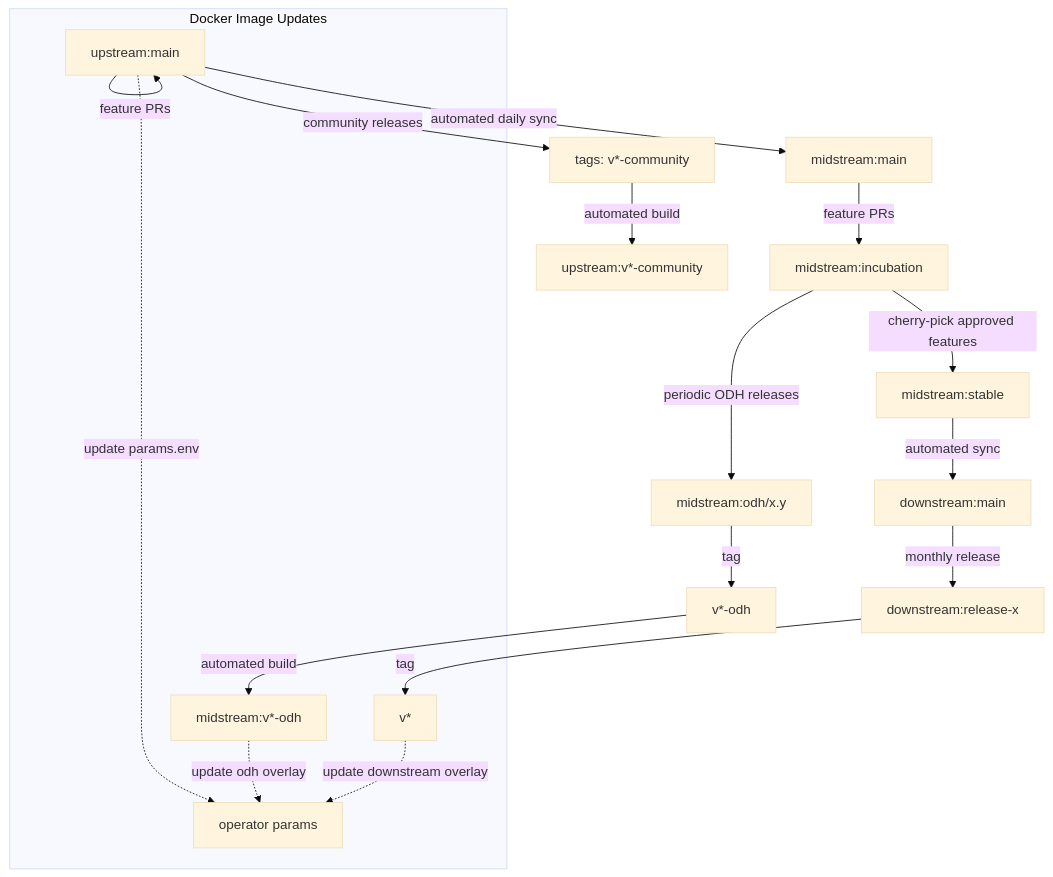
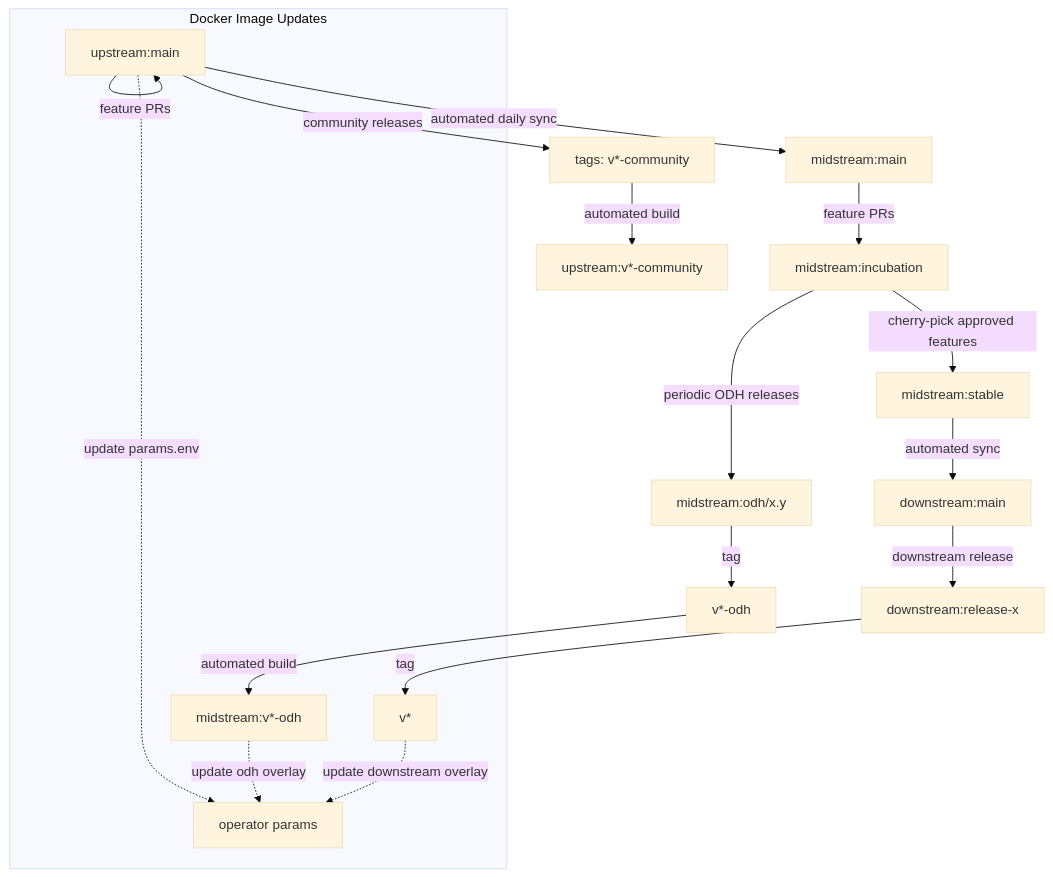
One commit to trustyai-explainability/community changed the first of 8 diagrams in adr/ADR-0009-project-workflow.md. Above: the diagram before and after it, drawn with Mermaid (base theme). The commit also changed other lines of this file, not shown here.

Commit message:
fix: Change downstream release cadence to flexible

````diff
--- a/adr/ADR-0009-project-workflow.md
+++ b/adr/ADR-0009-project-workflow.md
@@ -85,21 +85,21 @@
 ```mermaid
 flowchart TD
     UM[upstream:main] --> |feature PRs| UM
     UM --> |community releases| UT[tags: v*-community]
     UT --> |automated build| UI[upstream:v*-community]
     UM --> |automated daily sync| MM[midstream:main]
     MM --> |feature PRs| MI[midstream:incubation]
     MI --> |periodic ODH releases| MOB[midstream:odh/x.y]
     MOB --> |tag| MT[v*-odh]
     MT --> |automated build| MOI[midstream:v*-odh]
     MI --> |cherry-pick approved features| MS[midstream:stable]
     MS --> |automated sync| DB[downstream:main]
-    DB --> |monthly release| DR[downstream:release-x]
+    DB --> |downstream release| DR[downstream:release-x]
     DR --> |tag| DT[v*]
 
     subgraph "Docker Image Updates"
     UM -.-> |update params.env| OP[operator params]
     MOI -.-> |update odh overlay| OP
     DT -.-> |update downstream overlay| OP
     end
 ```
````
